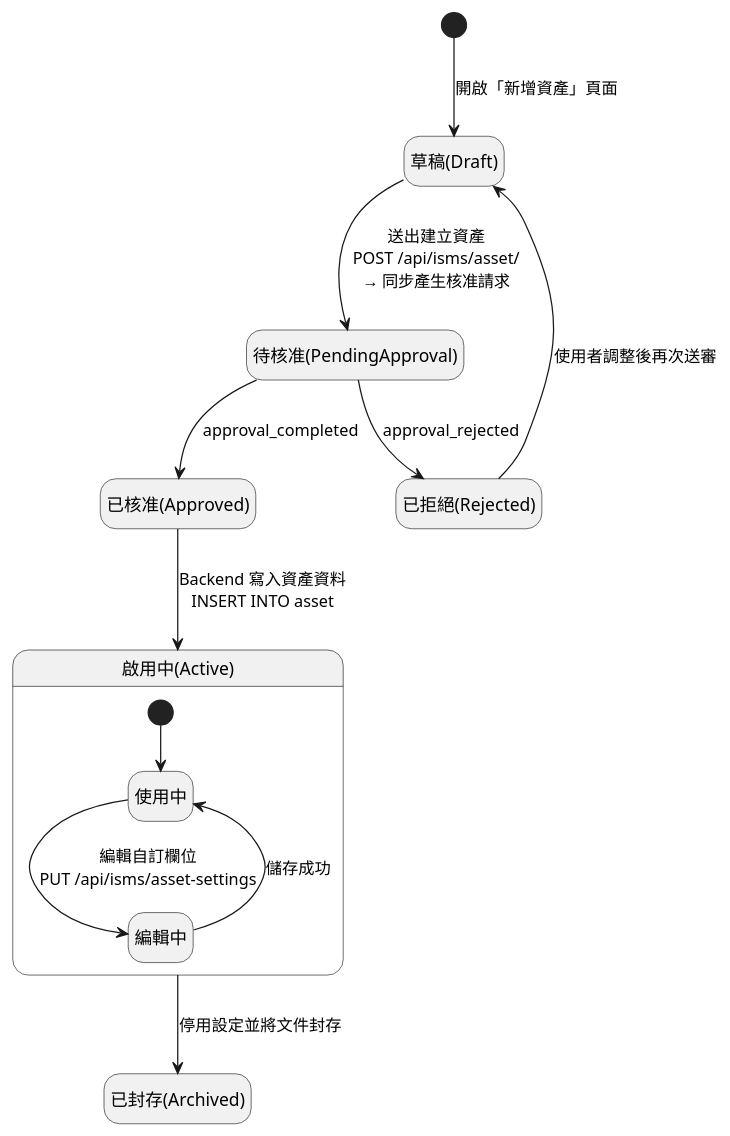
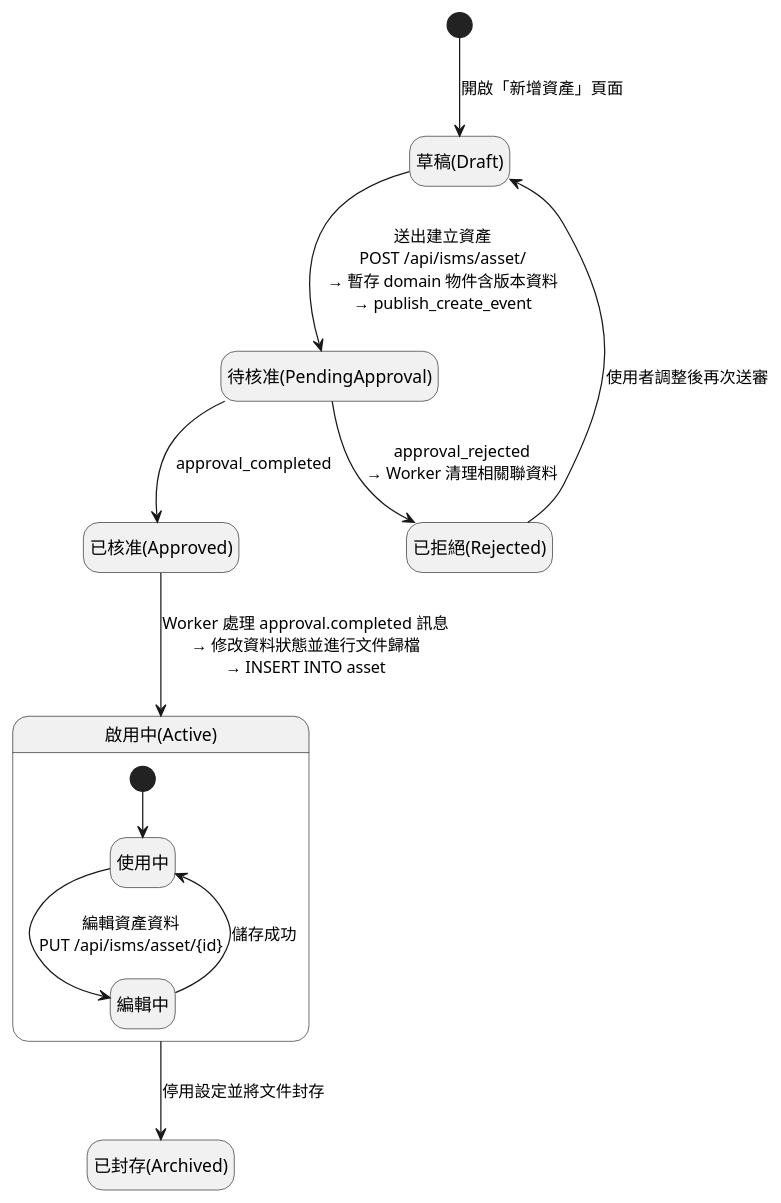
The diagram in plantUML/state/asset.puml (walle45611/NTUB_SecuManag_Diagram), drawn with PlantUML before and after one commit. The commit also changed 12 other files, not shown here.

First line of the commit message:
refactor: modify update ch07 diagram (#75)

```diff
--- a/plantUML/state/asset.puml
+++ b/plantUML/state/asset.puml
@@ -1,31 +1,31 @@
 @startuml
 
 hide empty description
 
 [*] --> Draft : 開啟「新增資產」頁面
 state "草稿(Draft)" as Draft <<draft>>
 
-Draft --> PendingApproval : 送出建立資產\nPOST /api/isms/asset/\n→ 同步產生核准請求
+Draft --> PendingApproval : 送出建立資產\nPOST /api/isms/asset/\n→ 暫存 domain 物件含版本資料\n→ publish_create_event
 state "待核准(PendingApproval)" as PendingApproval <<approval>>
 
 PendingApproval --> Approved : approval_completed
-PendingApproval --> Rejected : approval_rejected
+PendingApproval --> Rejected : approval_rejected\n→ Worker 清理相關聯資料
 state "已拒絕(Rejected)" as Rejected <<terminal>>
 
 Rejected --> Draft : 使用者調整後再次送審
 
 state "已核准(Approved)" as Approved <<approval>>
-Approved --> Active : Backend 寫入資產資料\nINSERT INTO asset
+Approved --> Active : Worker 處理 approval.completed 訊息\n→ 修改資料狀態並進行文件歸檔\n→ INSERT INTO asset
 
 state "啟用中(Active)" as Active <<active>> {
   [*] --> InUse
   state InUse as "使用中"
 
-  InUse --> Editing : 編輯自訂欄位\nPUT /api/isms/asset-settings
+  InUse --> Editing : 編輯資產資料\nPUT /api/isms/asset/{id}
   state Editing as "編輯中"
   Editing --> InUse : 儲存成功
 }
 
 Active --> Archived : 停用設定並將文件封存
 state "已封存(Archived)" as Archived <<terminal>>
 @enduml
```
